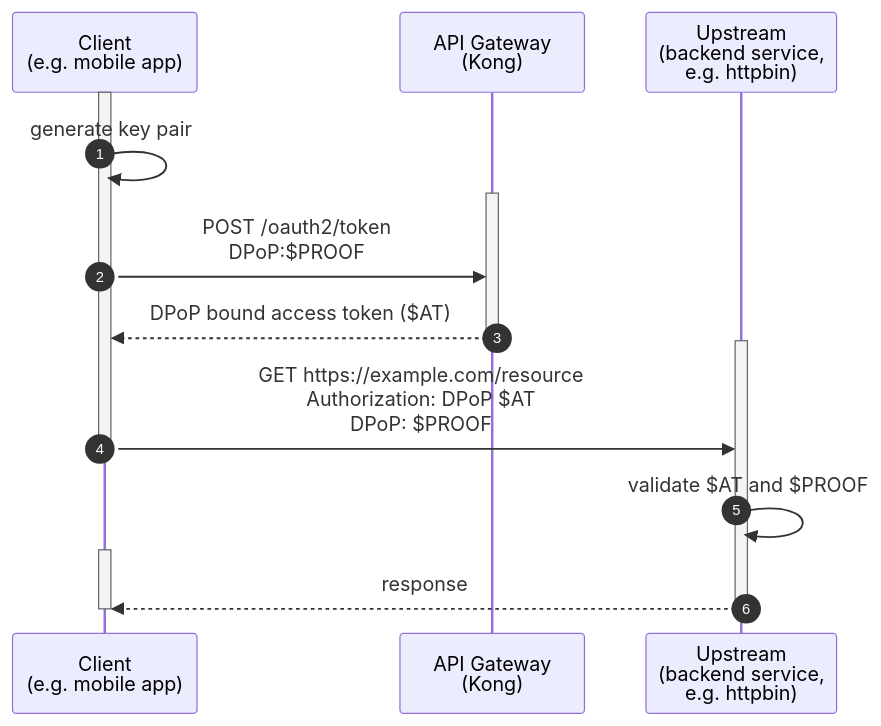
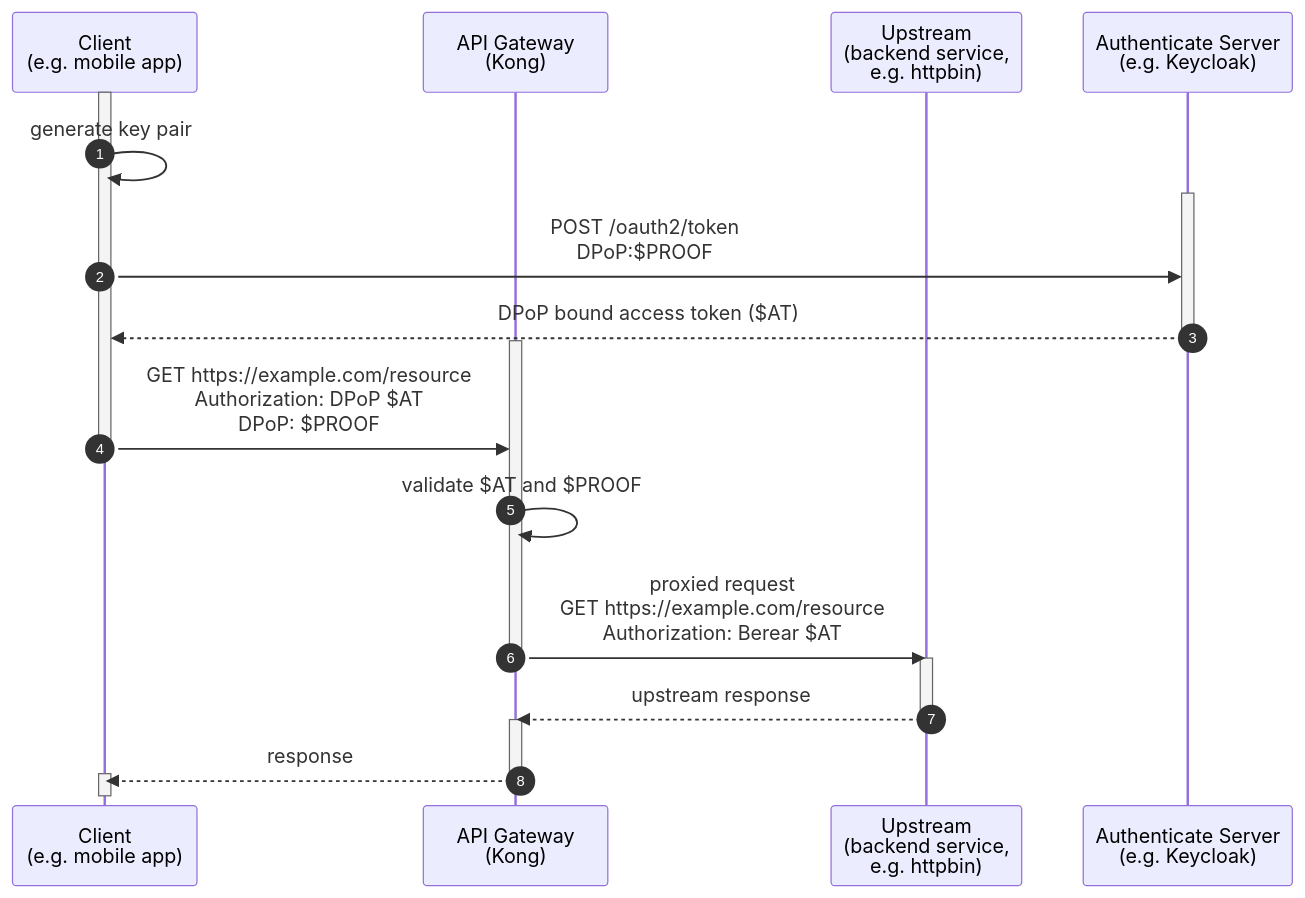
The diagram in app/_hub/kong-inc/openid-connect/how-to/_demonstrating_proof_of_possession.md (Kong/docs.konghq.com), drawn with Mermaid before and after one commit.

Commit message:
correct diagram

```diff
--- a/app/_hub/kong-inc/openid-connect/how-to/_demonstrating_proof_of_possession.md
+++ b/app/_hub/kong-inc/openid-connect/how-to/_demonstrating_proof_of_possession.md
@@ -14,21 +14,28 @@
 {% mermaid %}
 sequenceDiagram
     autonumber
     participant client as Client <br>(e.g. mobile app)
     participant kong as API Gateway <br>(Kong)
-    participant httpbin as Upstream <br>(backend service,<br> e.g. httpbin)
+    participant upstream as Upstream <br>(backend service,<br> e.g. httpbin)
+    participant idp as Authenticate Server <br>(e.g. Keycloak)
     activate client
     client->>client: generate key pair
+    activate idp
+    client->>idp: POST /oauth2/token<br>DPoP:$PROOF
+    idp-->>client: DPoP bound access token ($AT)
+    deactivate idp
     activate kong
-    client->>kong: POST /oauth2/token<br>DPoP:$PROOF
-    kong-->>client: DPoP bound access token ($AT)
+    client->>kong: GET https://example.com/resource<br>Authorization: DPoP $AT<br>DPoP: $PROOF
+    deactivate client
+    kong->>kong: validate $AT and $PROOF
+    kong->>upstream: proxied request <br> GET https://example.com/resource<br>Authorization: Berear $AT
     deactivate kong
-    activate httpbin
-    client->>httpbin: GET https://example.com/resource<br>Authorization: DPoP $AT<br>DPoP: $PROOF
+    activate upstream
+    upstream-->>kong: upstream response
+    deactivate upstream
+    activate kong
+    kong-->>client: response
+    deactivate kong
+    activate client
     deactivate client
-    httpbin->>httpbin: validate $AT and $PROOF
-    activate client
-    httpbin-->>client: response
-    deactivate client
-    deactivate httpbin
 {% endmermaid %}
```
